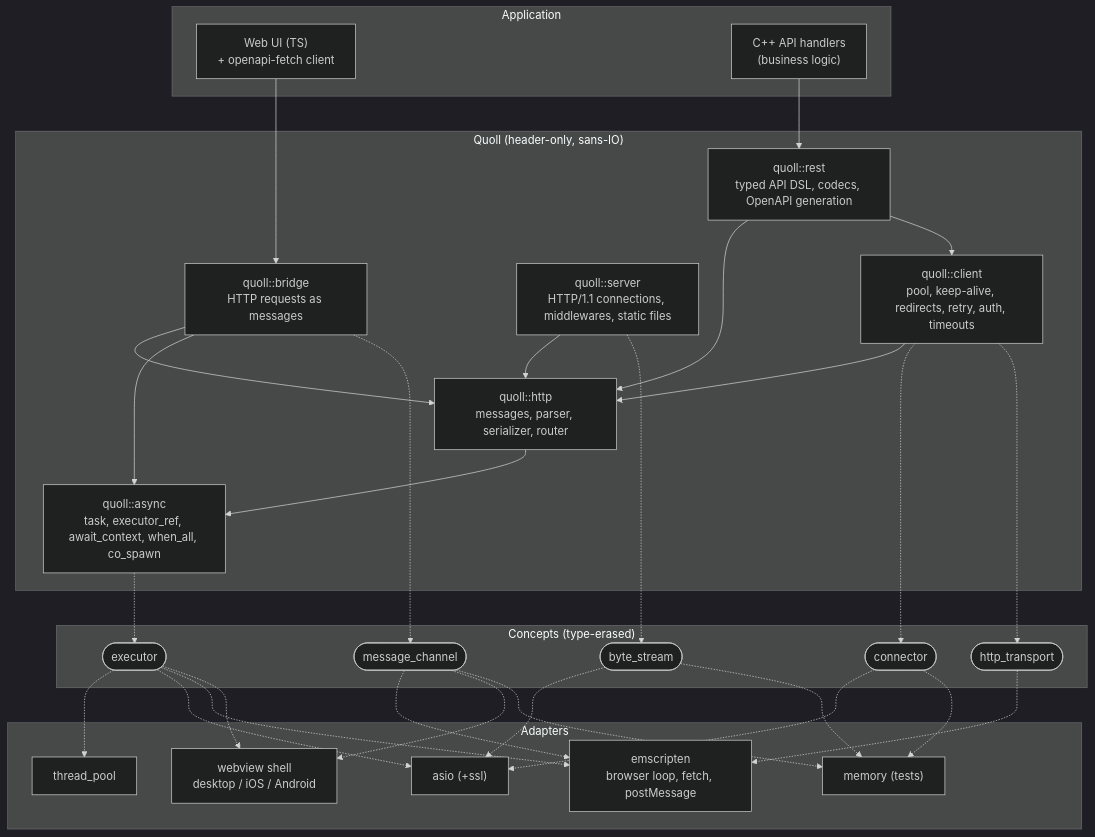
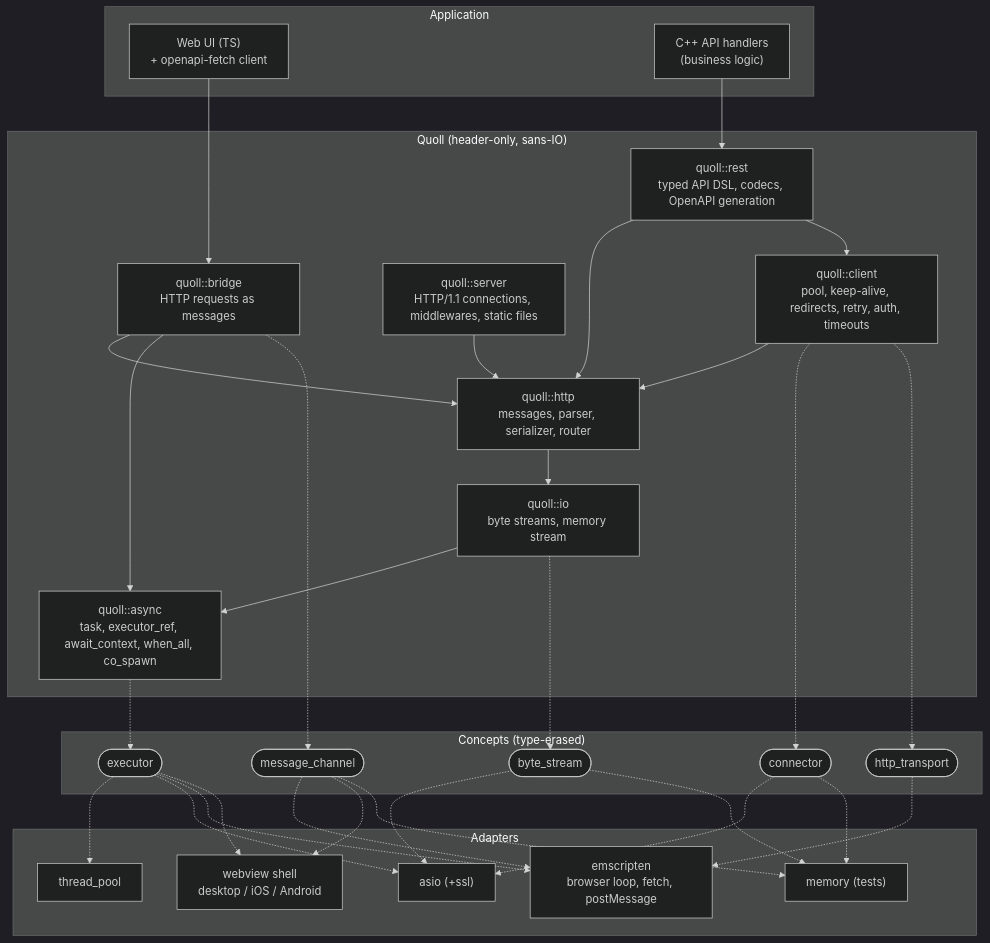
Before and after one commit to 4thlabs/quoll: the first of 9 diagrams in docs/PLAN.md, drawn with Mermaid (dark theme). The commit also changed other lines of this file and 19 other files, not shown here.

First line of the commit message:
io, http: byte streams and a client GET end to end

````diff
--- a/docs/PLAN.md
+++ b/docs/PLAN.md
@@ -47,54 +47,56 @@
 ```mermaid
 flowchart TB
   subgraph app["Application"]
     ui["Web UI (TS)<br/>+ openapi-fetch client"]
     handlers["C++ API handlers<br/>(business logic)"]
   end
 
   subgraph quoll["Quoll (header-only, sans-IO)"]
     rest["quoll::rest<br/>typed API DSL, codecs, OpenAPI generation"]
     bridge["quoll::bridge<br/>HTTP requests as messages"]
     server["quoll::server<br/>HTTP/1.1 connections, middlewares, static files"]
     client["quoll::client<br/>pool, keep-alive, redirects, retry, auth, timeouts"]
     http["quoll::http<br/>messages, parser, serializer, router"]
+    io["quoll::io<br/>byte streams, memory stream"]
     async["quoll::async<br/>task, executor_ref, await_context, when_all, co_spawn"]
   end
 
   subgraph concepts["Concepts (type-erased)"]
     executor(["executor"])
     stream(["byte_stream"])
     connector(["connector"])
     transport(["http_transport"])
     channel(["message_channel"])
   end
 
   subgraph adapters["Adapters"]
     pool["thread_pool"]
     asio["asio (+ssl)"]
     emscripten["emscripten<br/>browser loop, fetch, postMessage"]
     shell["webview shell<br/>desktop / iOS / Android"]
     memory["memory (tests)"]
   end
 
   ui --> bridge
   handlers --> rest
   rest --> http
   rest --> client
   bridge --> http
   server --> http
   client --> http
-  http --> async
+  http --> io
+  io --> async
   bridge --> async
 
-  server -.-> stream
+  io -.-> stream
   client -.-> connector
   client -.-> transport
   bridge -.-> channel
   async -.-> executor
 
   executor -.-> pool & asio & emscripten & shell
   stream -.-> asio & memory
   connector -.-> asio & memory
   transport -.-> emscripten
   channel -.-> emscripten & shell & memory
 ```
````
